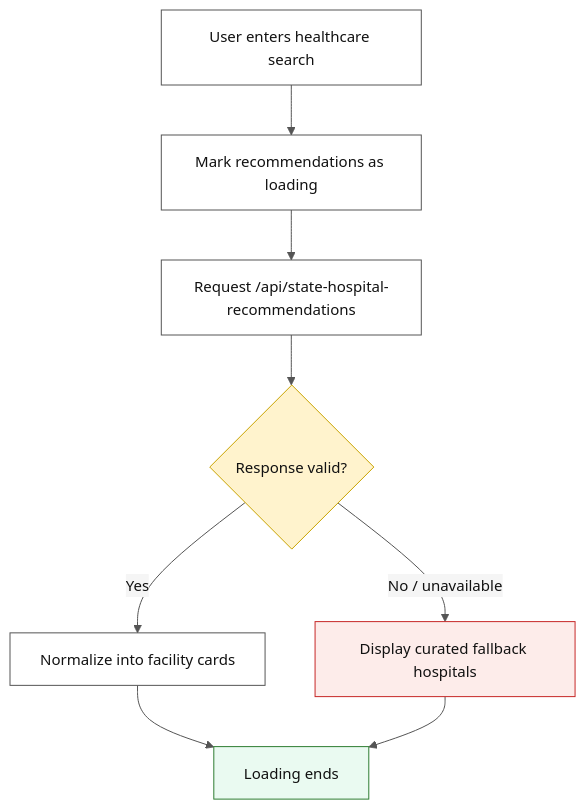
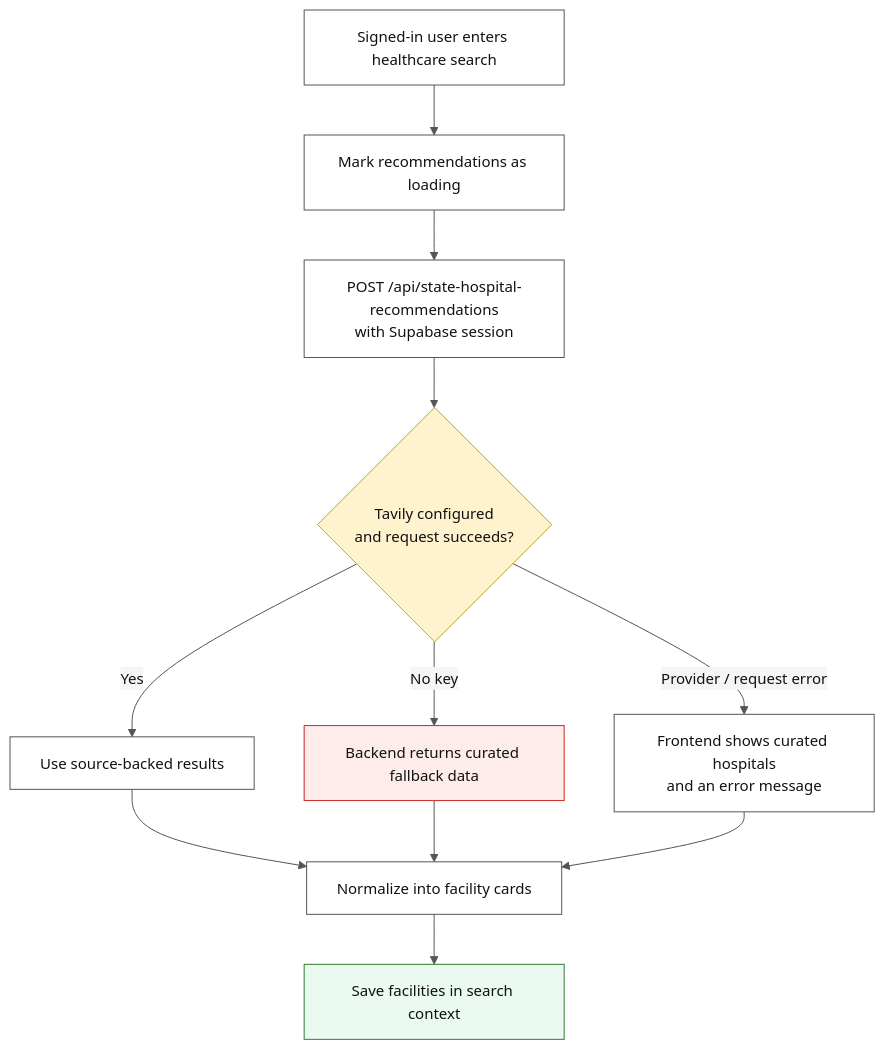
Before and after one commit to vanshkatnor1505/BuiltTechies: the fourth of 8 diagrams in PROJECT INFORMATION/DATA-FLOW.md, drawn with Mermaid. The commit also changed other lines of this file, not shown here.

Commit message:
feat: enhance data flow documentation with public healthcare reports flow and clarify authentication processes

````diff
--- a/PROJECT INFORMATION/DATA-FLOW.md
+++ b/PROJECT INFORMATION/DATA-FLOW.md
@@ -134,15 +139,18 @@
 ```mermaid
 flowchart TD
     %%{init: {'theme':'base', 'themeVariables': {'primaryColor':'#ffffff','primaryTextColor':'#111111','primaryBorderColor':'#555555','lineColor':'#555555','secondaryColor':'#f5f5f5','tertiaryColor':'#ffffff','fontSize':'15px','darkMode':false,'background':'#ffffff'}}}%%
-    A["User enters healthcare search"] --> B["Mark recommendations as loading"]
-    B --> C["Request /api/state-hospital-recommendations"]
-    C --> D{"Response valid?"}
-    D -->|"Yes"| E["Normalize into facility cards"]
-    D -->|"No / unavailable"| F["Display curated fallback hospitals"]
-    E --> G["Loading ends"]
-    F --> G
+    A["Signed-in user enters healthcare search"] --> B["Mark recommendations as loading"]
+    B --> C["POST /api/state-hospital-recommendations\nwith Supabase session"]
+    C --> D{"Tavily configured\nand request succeeds?"}
+    D -->|"Yes"| E["Use source-backed results"]
+    D -->|"No key"| F["Backend returns curated fallback data"]
+    D -->|"Provider / request error"| G["Frontend shows curated hospitals\nand an error message"]
+    E --> H["Normalize into facility cards"]
+    F --> H
+    G --> H
+    H --> I["Save facilities in search context"]
 
     style D fill:#fff3cd,stroke:#c9a300,color:#111111
     style F fill:#fdecea,stroke:#c62828,color:#111111
-    style G fill:#eafaf1,stroke:#2E7D32,color:#111111
+    style I fill:#eafaf1,stroke:#2E7D32,color:#111111
 ```
````
